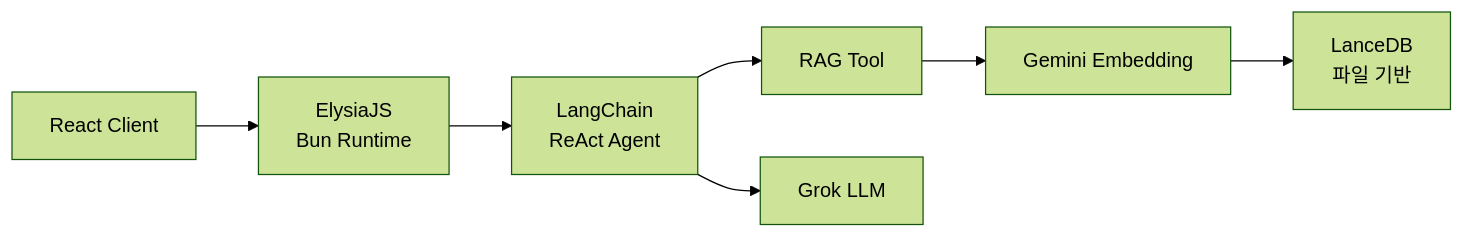
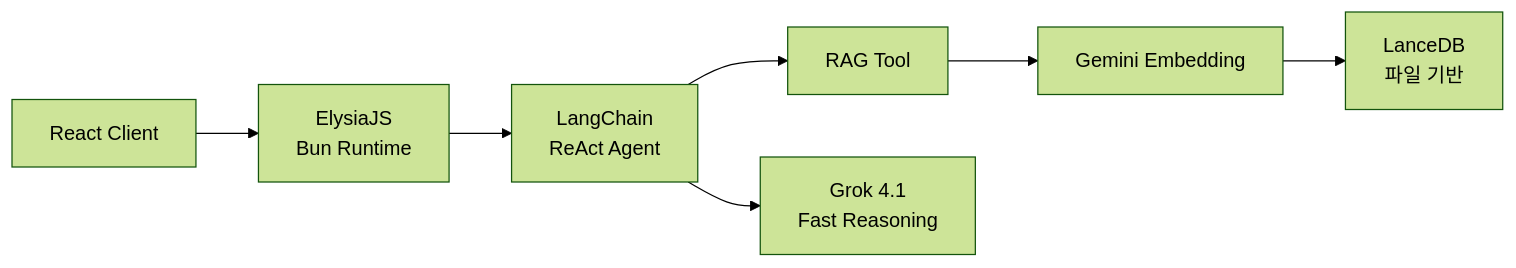
Before and after one commit to genie49/genie-cv: the diagram in data/content/notes/chatbot-tech-stack.md, drawn with Mermaid (forest theme). The commit also changed other lines of this file, not shown here.

````diff
--- a/data/content/notes/chatbot-tech-stack.md
+++ b/data/content/notes/chatbot-tech-stack.md
@@ -19,9 +31,9 @@
 ```mermaid
 flowchart LR
     Client["React Client"] --> Elysia["ElysiaJS<br/>Bun Runtime"]
     Elysia --> Agent["LangChain<br/>ReAct Agent"]
     Agent --> RAG["RAG Tool"]
-    Agent --> LLM["Grok LLM"]
+    Agent --> LLM["Grok 4.1<br/>Fast Reasoning"]
     RAG --> Embed["Gemini Embedding"]
     Embed --> Lance["LanceDB<br/>파일 기반"]
 ```
````
